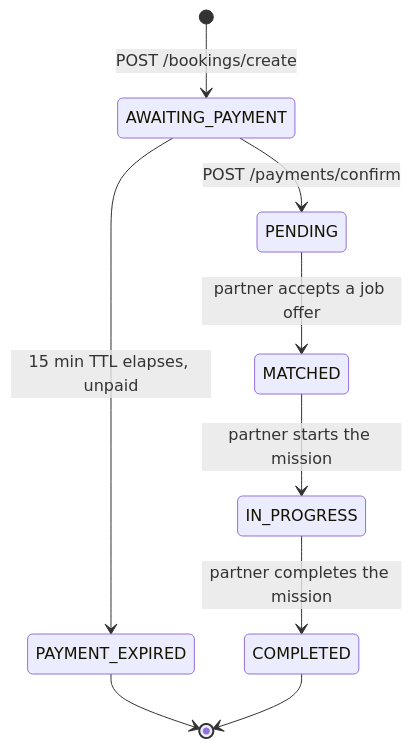
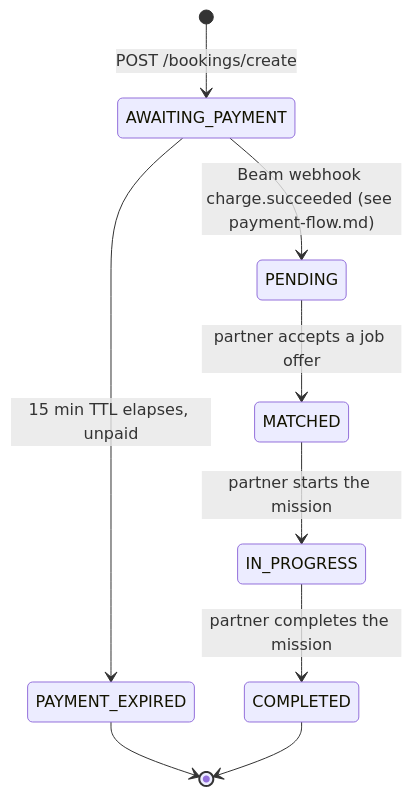
Before and after one commit to belliorgabxl/caremate-client: the second of 2 diagrams in booking-flow.md, drawn with Mermaid. The commit also changed other lines of this file and 10 other files, not shown here.

First line of the commit message:
feat(payment): integrate Beam Checkout for QR PromptPay payments

````diff
--- a/booking-flow.md
+++ b/booking-flow.md
@@ -61,11 +67,11 @@
 ```mermaid
 stateDiagram-v2
     [*] --> AWAITING_PAYMENT: POST /bookings/create
-    AWAITING_PAYMENT --> PENDING: POST /payments/confirm
+    AWAITING_PAYMENT --> PENDING: Beam webhook charge.succeeded (see payment-flow.md)
     AWAITING_PAYMENT --> PAYMENT_EXPIRED: 15 min TTL elapses, unpaid
     PENDING --> MATCHED: partner accepts a job offer
     MATCHED --> IN_PROGRESS: partner starts the mission
     IN_PROGRESS --> COMPLETED: partner completes the mission
     PAYMENT_EXPIRED --> [*]
     COMPLETED --> [*]
 ```
````
